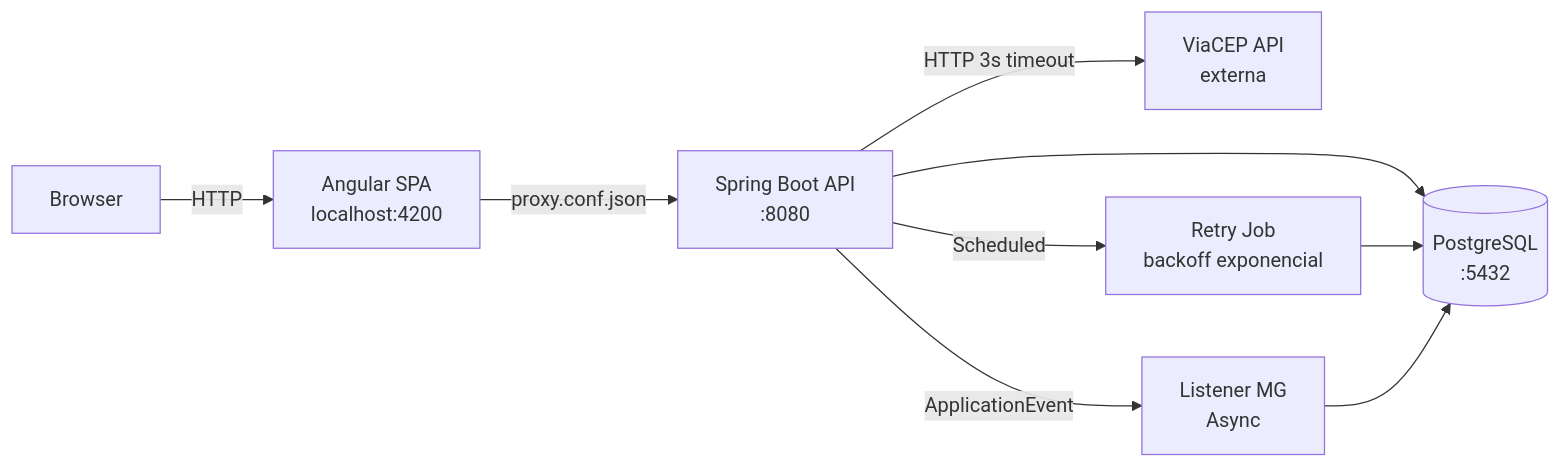
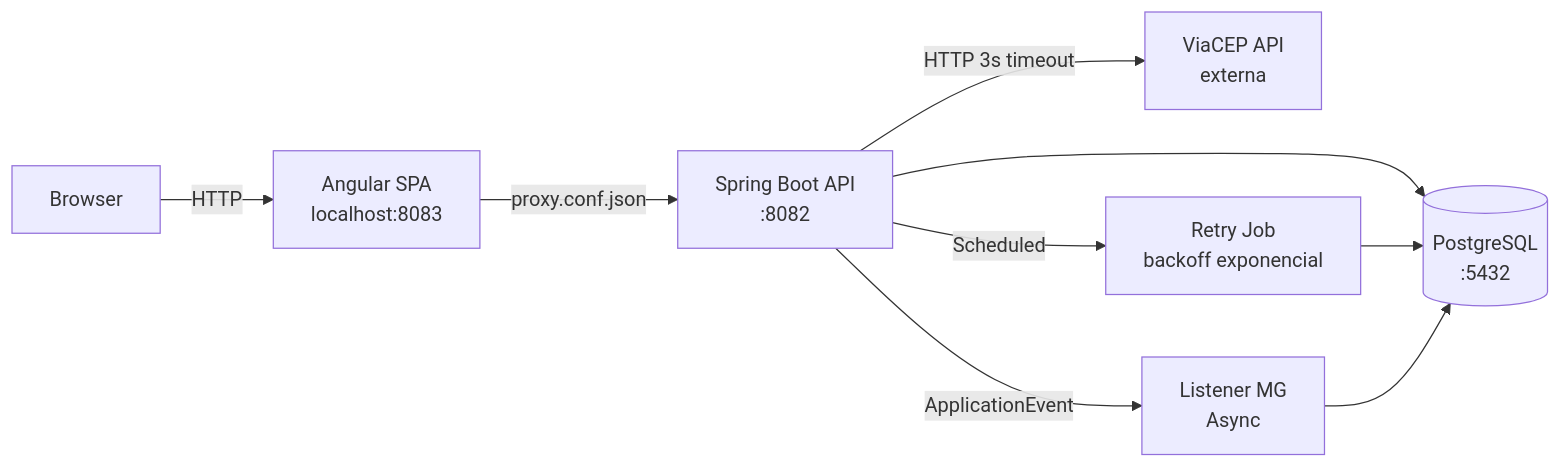
One commit to LuizGGoncalves/Voltz changed the fourth of 4 diagrams in README.md. Above: the diagram before and after it, drawn with Mermaid. The commit also changed other lines of this file and 7 other files, not shown here.

````diff
--- a/README.md
+++ b/README.md
@@ -174,11 +174,11 @@
 ```mermaid
 graph LR
-    Browser -->|HTTP| Angular[Angular SPA<br/>localhost:4200]
-    Angular -->|proxy.conf.json| API[Spring Boot API<br/>:8080]
+    Browser -->|HTTP| Angular[Angular SPA<br/>localhost:8083]
+    Angular -->|proxy.conf.json| API[Spring Boot API<br/>:8082]
     API --> DB[(PostgreSQL<br/>:5432)]
     API -->|HTTP 3s timeout| ViaCEP[ViaCEP API<br/>externa]
     API -->|Scheduled| Job[Retry Job<br/>backoff exponencial]
     Job --> DB
     API -->|ApplicationEvent| Listener[Listener MG<br/>Async]
     Listener --> DB
 ```
````
